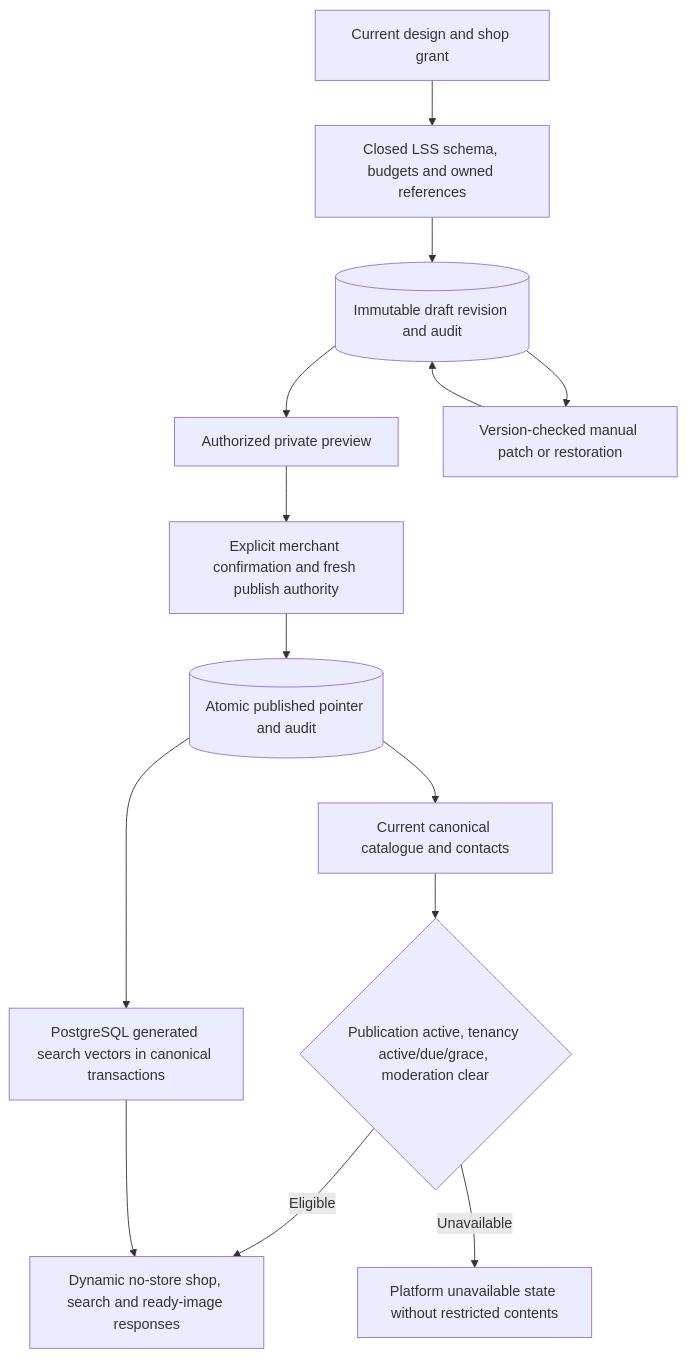
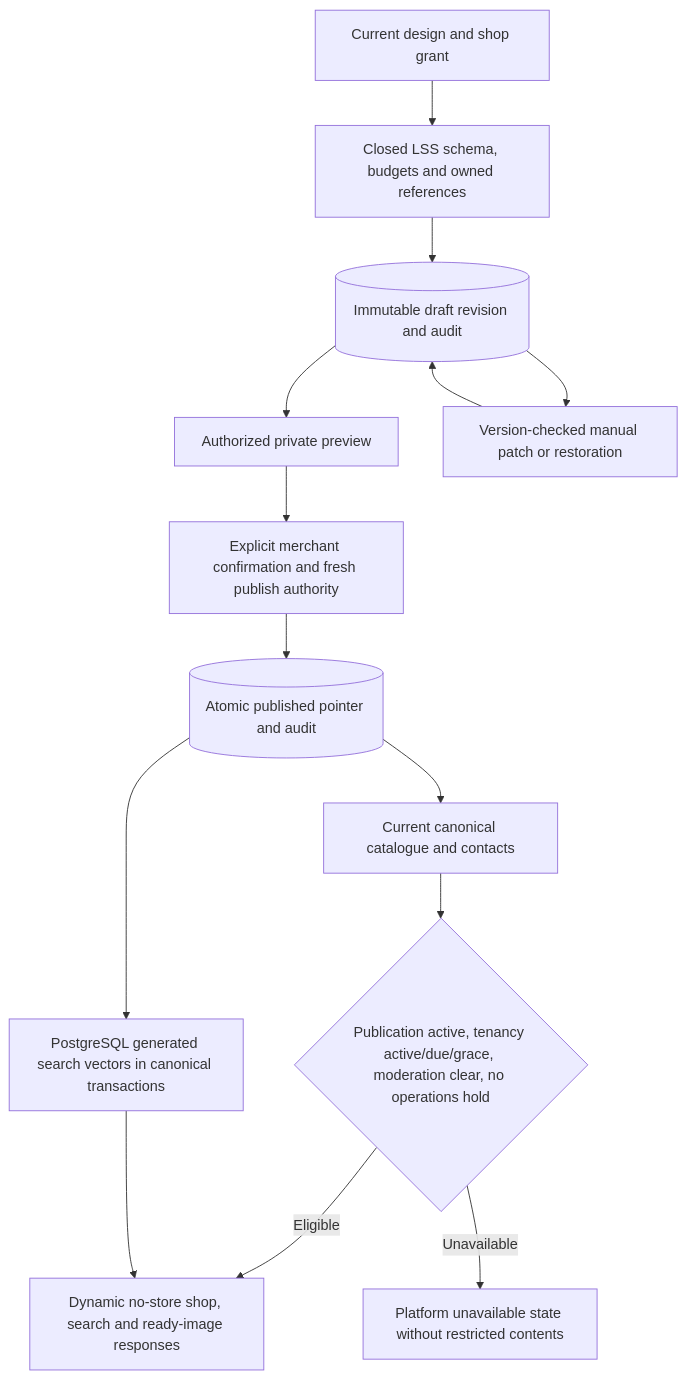
The tenth of 13 diagrams in docs/ILLUSTRATIONS.md (Courtlyambuiguity34/londos), drawn with Mermaid before and after one commit. The commit also changed other lines of this file and 53 other files, not shown here.

````diff
--- a/docs/ILLUSTRATIONS.md
+++ b/docs/ILLUSTRATIONS.md
@@ -205,16 +206,16 @@
 ```mermaid
 flowchart TD
   Editor[Current design and shop grant] --> Validate[Closed LSS schema, budgets and owned references]
   Validate --> Draft[(Immutable draft revision and audit)]
   Draft --> Preview[Authorized private preview]
   Draft --> Patch[Version-checked manual patch or restoration]
   Patch --> Draft
   Preview --> Confirm[Explicit merchant confirmation and fresh publish authority]
   Confirm --> Publish[(Atomic published pointer and audit)]
   Publish --> Read[Current canonical catalogue and contacts]
-  Read --> Eligibility{Publication active, tenancy active/due/grace, moderation clear}
+  Read --> Eligibility{Publication active, tenancy active/due/grace, moderation clear, no operations hold}
   Eligibility -->|Eligible| Public[Dynamic no-store shop, search and ready-image responses]
   Eligibility -->|Unavailable| Deny[Platform unavailable state without restricted contents]
   Publish --> Index[PostgreSQL generated search vectors in canonical transactions]
   Index --> Public
 ```
````
